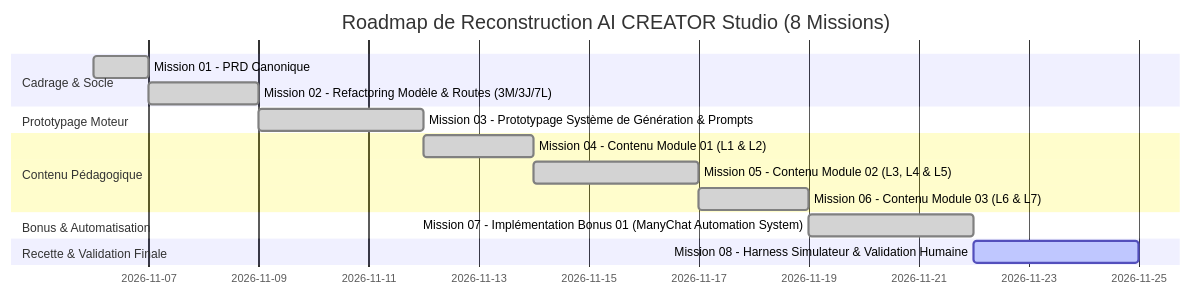
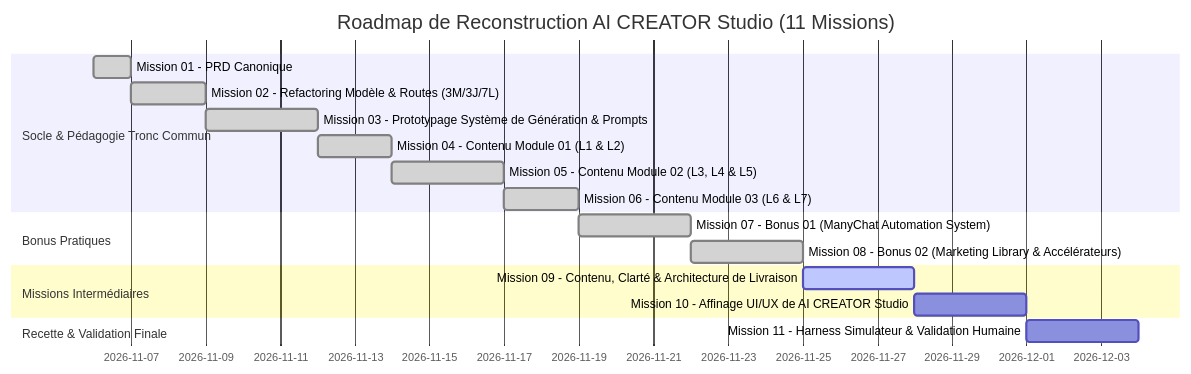
Diagram 11 of 11 in docs/COURSE_PRD.md (Kreesten-hsh/AI_CREATOR_STUDIO), drawn with Mermaid before and after one commit. The commit also changed other lines of this file and 2 other files, not shown here.

Commit message:
docs: finalize canonical PRD, README and repomix reconciliation (pre-mission-09)

````diff
--- a/docs/COURSE_PRD.md
+++ b/docs/COURSE_PRD.md
@@ -1028,18 +1077,20 @@
 ```mermaid
 gantt
-    title Roadmap de Reconstruction AI CREATOR Studio (8 Missions)
+    title Roadmap de Reconstruction AI CREATOR Studio (11 Missions)
     dateFormat  YYYY-MM-DD
-    section Cadrage & Socle
+    section Socle & Pédagogie Tronc Commun
     Mission 01 - PRD Canonique :done, m1, 2026-11-06, 1d
     Mission 02 - Refactoring Modèle & Routes (3M/3J/7L) :done, m2, after m1, 2d
-    section Prototypage Moteur
     Mission 03 - Prototypage Système de Génération & Prompts :done, m3, after m2, 3d
-    section Contenu Pédagogique
     Mission 04 - Contenu Module 01 (L1 & L2) :done, m4, after m3, 2d
     Mission 05 - Contenu Module 02 (L3, L4 & L5) :done, m5, after m4, 3d
     Mission 06 - Contenu Module 03 (L6 & L7) :done, m6, after m5, 2d
-    section Bonus & Automatisation
-    Mission 07 - Implémentation Bonus 01 (ManyChat Automation System) :done, m7, after m6, 3d
+    section Bonus Pratiques
+    Mission 07 - Bonus 01 (ManyChat Automation System) :done, m7, after m6, 3d
+    Mission 08 - Bonus 02 (Marketing Library & Accélérateurs) :done, m8, after m7, 3d
+    section Missions Intermédiaires
+    Mission 09 - Contenu, Clarté & Architecture de Livraison :active, m9, after m8, 3d
+    Mission 10 - Affinage UI/UX de AI CREATOR Studio :m10, after m9, 3d
     section Recette & Validation Finale
-    Mission 08 - Harness Simulateur & Validation Humaine :active, m8, after m7, 3d
+    Mission 11 - Harness Simulateur & Validation Humaine :m11, after m10, 3d
 ```
````
